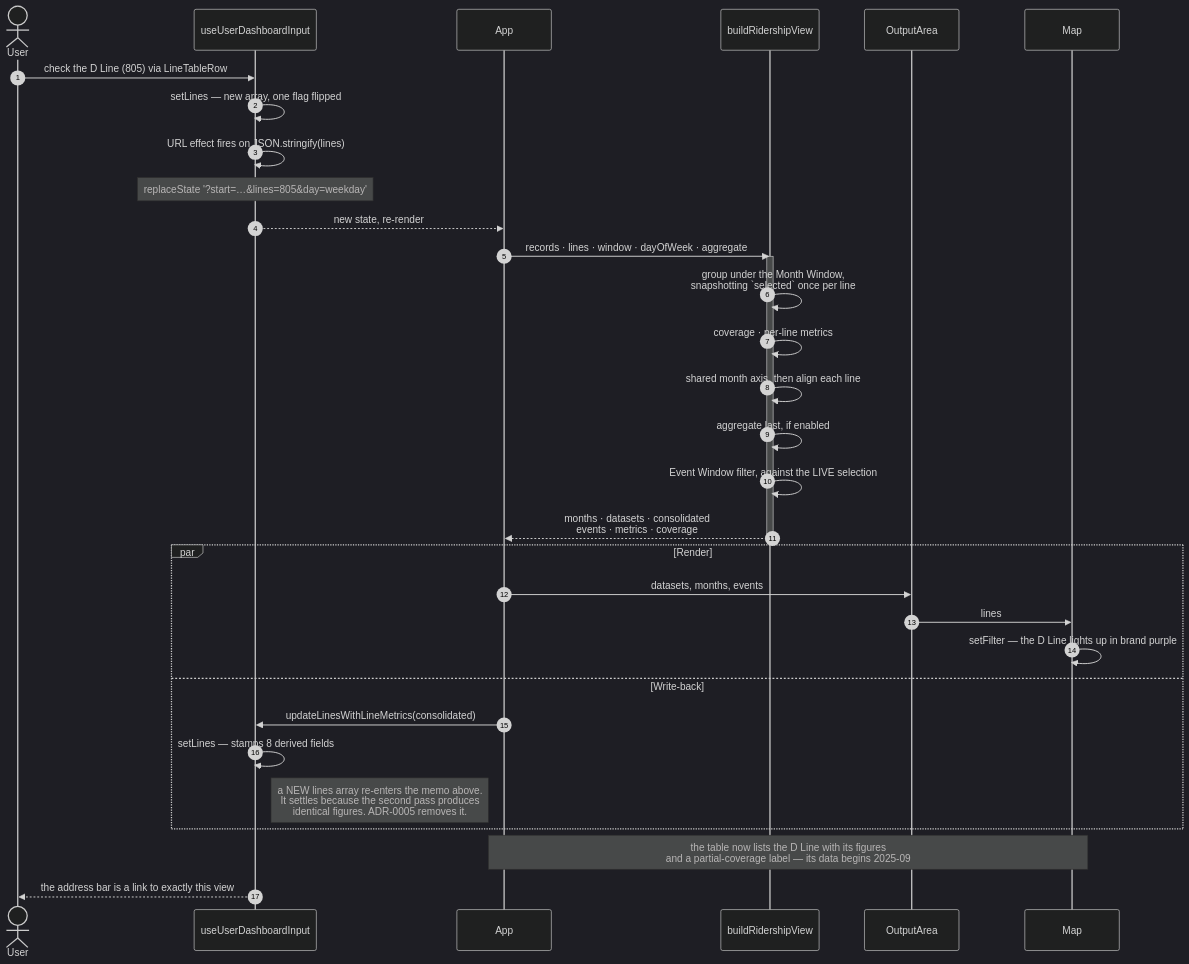
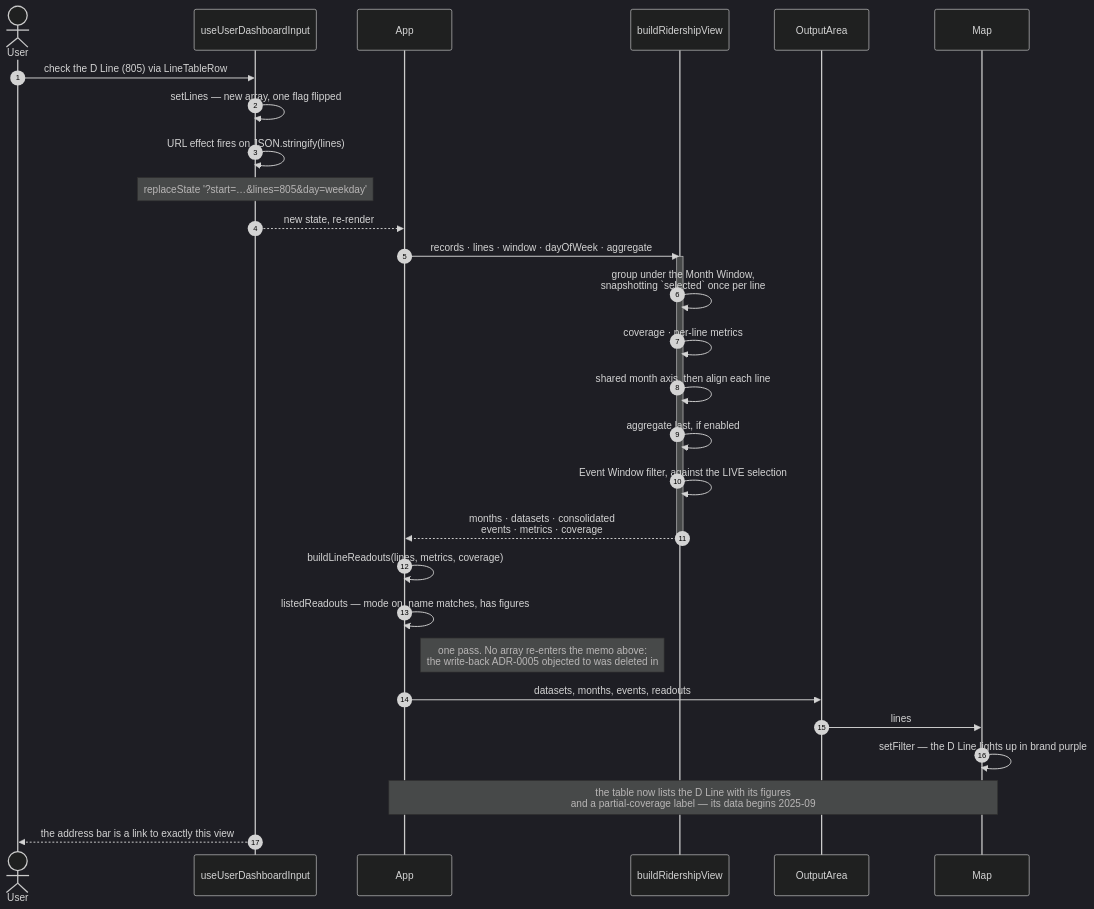
One commit to streetsforall/metro_ridership_app changed the diagram in docs/architecture/mermaid/20-interaction-sequence.mmd. Above: the diagram before and after it, drawn with Mermaid (dark theme). The commit also changed 34 other files, not shown here.

```diff
--- a/docs/architecture/mermaid/20-interaction-sequence.mmd
+++ b/docs/architecture/mermaid/20-interaction-sequence.mmd
@@ -1,38 +1,36 @@
 sequenceDiagram
   autonumber
   actor U as User
   participant Hook as useUserDashboardInput
   participant App as App
   participant View as buildRidershipView
   participant OA as OutputArea
   participant Map as Map
 
   U->>Hook: check the D Line (805) via LineTableRow
   Hook->>Hook: setLines — new array, one flag flipped
   Hook->>Hook: URL effect fires on JSON.stringify(lines)
   Note over Hook: replaceState '?start=…&lines=805&day=weekday'
 
   Hook-->>App: new state, re-render
   App->>View: records · lines · window · dayOfWeek · aggregate
 
   activate View
   View->>View: group under the Month Window,<br/>snapshotting `selected` once per line
   View->>View: coverage · per-line metrics
   View->>View: shared month axis, then align each line
   View->>View: aggregate last, if enabled
   View->>View: Event Window filter, against the LIVE selection
   View-->>App: months · datasets · consolidated<br/>events · metrics · coverage
   deactivate View
 
-  par Render
-    App->>OA: datasets, months, events
-    OA->>Map: lines
-    Map->>Map: setFilter — the D Line lights up in brand purple
-  and Write-back
-    App->>Hook: updateLinesWithLineMetrics(consolidated)
-    Hook->>Hook: setLines — stamps 8 derived fields
-    Note right of Hook: a NEW lines array re-enters the memo above.<br/>It settles because the second pass produces<br/>identical figures. ADR-0005 removes it.
-  end
+  App->>App: buildLineReadouts(lines, metrics, coverage)
+  App->>App: listedReadouts — mode on, name matches, has figures
+  Note right of App: one pass. No array re-enters the memo above:<br/>the write-back ADR-0005 objected to was deleted in #167.
+
+  App->>OA: datasets, months, events, readouts
+  OA->>Map: lines
+  Map->>Map: setFilter — the D Line lights up in brand purple
 
   Note over App,Map: the table now lists the D Line with its figures<br/>and a partial-coverage label — its data begins 2025-09
   Hook-->>U: the address bar is a link to exactly this view
```
